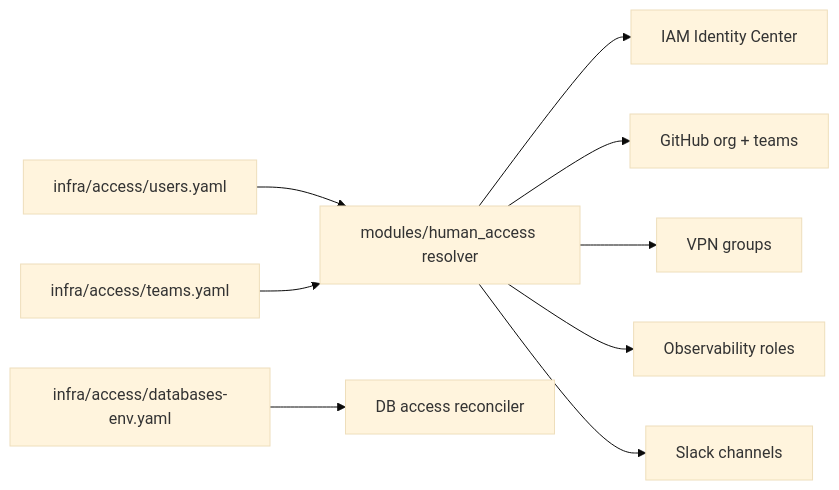
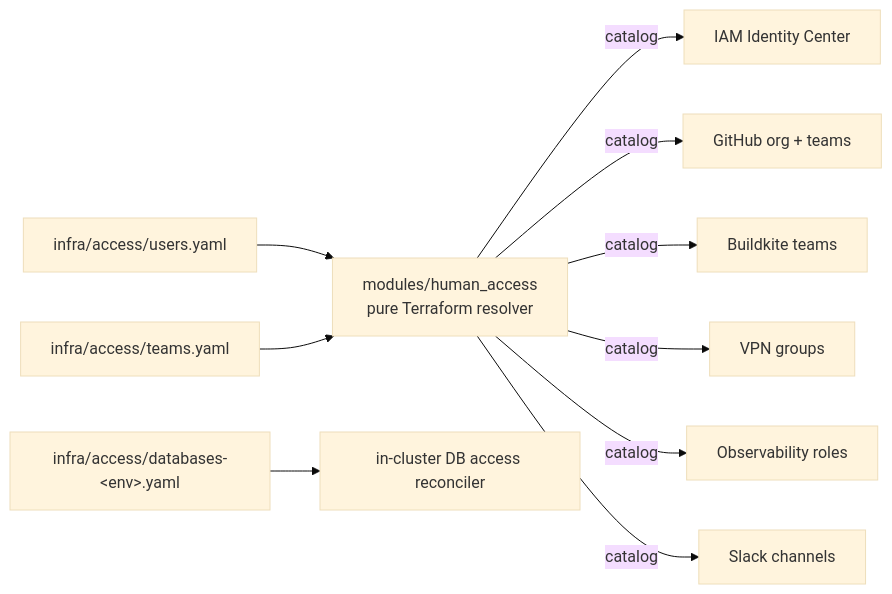
One commit to leoenes/platform-blueprint changed the first of 3 diagrams in docs/07-human-access.md. Above: the diagram before and after it, drawn with Mermaid (base theme). The commit also changed other lines of this file and 32 other files, not shown here.

Commit message:
docs: MkDocs Material site with diagrams, split Makefile into .make/, grouped workflows, CI checks and badges

````diff
--- a/docs/07-human-access.md
+++ b/docs/07-human-access.md
@@ -6,11 +6,12 @@
 ```mermaid
 flowchart LR
-  U[infra/access/users.yaml] --> R[modules/human_access resolver]
+  U[infra/access/users.yaml] --> R[modules/human_access<br/>pure Terraform resolver]
   T[infra/access/teams.yaml] --> R
-  R --> IC[IAM Identity Center]
-  R --> GH[GitHub org + teams]
-  R --> VPN[VPN groups]
-  R --> OBS[Observability roles]
-  R --> SL[Slack channels]
-  D[infra/access/databases-env.yaml] --> K8S[DB access reconciler]
+  R -->|catalog| IC[IAM Identity Center]
+  R -->|catalog| GH[GitHub org + teams]
+  R -->|catalog| BK[Buildkite teams]
+  R -->|catalog| VPN[VPN groups]
+  R -->|catalog| OBS[Observability roles]
+  R -->|catalog| SL[Slack channels]
+  D[infra/access/databases-&lt;env&gt;.yaml] --> K8S[in-cluster DB access reconciler]
 ```
````
